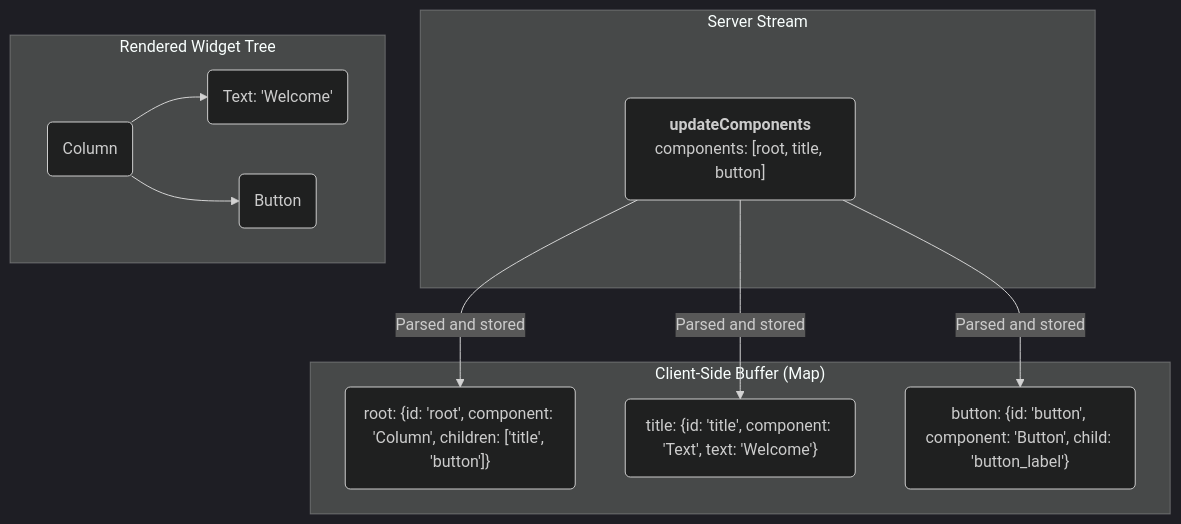
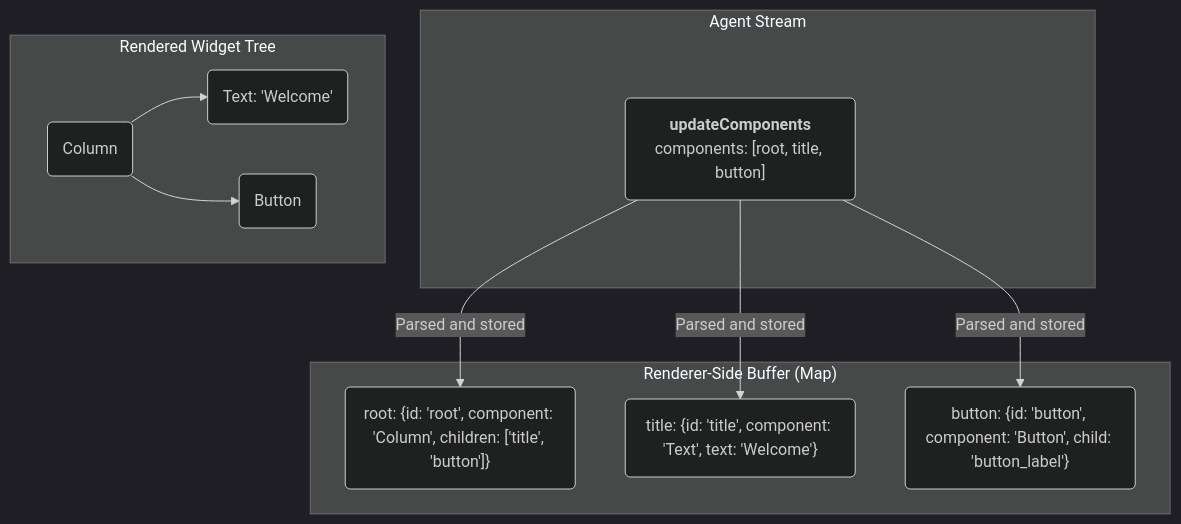
The second of 2 diagrams in specification/v1_0/docs/a2ui_protocol.md (nagyist/ggle-A2UI), drawn with Mermaid (dark theme) before and after one commit. The commit also changed other lines of this file and 49 other files, not shown here.

First line of the commit message:
refactor(specification): rename v1.0 schemas and code references to agent and renderer (#2076)

````diff
--- a/specification/v1_0/docs/a2ui_protocol.md
+++ b/specification/v1_0/docs/a2ui_protocol.md
@@ -652,22 +652,22 @@
 ```mermaid
 flowchart TD
-    subgraph "Server Stream"
+    subgraph "Agent Stream"
         A("<b>updateComponents</b><br>components: [root, title, button]")
     end
 
-    subgraph "Client-Side Buffer (Map)"
+    subgraph "Renderer-Side Buffer (Map)"
         C("root: {id: 'root', component: 'Column', children: ['title', 'button']}")
         D("title: {id: 'title', component: 'Text', text: 'Welcome'}")
         E("button: {id: 'button', component: 'Button', child: 'button_label'}")
     end
 
     subgraph "Rendered Widget Tree"
         F(Column) --> G(Text: 'Welcome')
         F --> H(Button)
     end
 
     A -- "Parsed and stored" --> C
     A -- "Parsed and stored" --> D
     A -- "Parsed and stored" --> E
 
 ```
````
